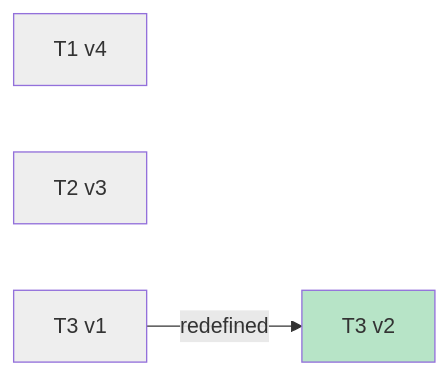
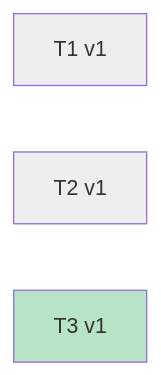
Diagram 13 of 23 in docs/specs/OVERVIEW.md (Curry09/AHE-Beta), drawn with Mermaid before and after one commit. The commit also changed other lines of this file and 22 other files, not shown here.

First line of the commit message:
feat(frontend): 场景改为自绘三房间，弃用四房间底图，房间立职能木牌

````diff
--- a/docs/specs/OVERVIEW.md
+++ b/docs/specs/OVERVIEW.md
@@ -914,14 +435,11 @@
 ```mermaid
 graph LR
-    v_T1_4["T1 v4"]
-    v_T2_3["T2 v3"]
+    v_T1_1["T1 v1"]
+    v_T2_1["T2 v1"]
     v_T3_1["T3 v1"]
-    v_T3_2["T3 v2"]
-    v_T3_1 -->|redefined| v_T3_2
     classDef st_done fill:#b7e4c7;
     classDef st_pending fill:#eeeeee;
-    class v_T1_4 st_pending;
-    class v_T2_3 st_pending;
-    class v_T3_1 st_pending;
-    class v_T3_2 st_done;
+    class v_T1_1 st_pending;
+    class v_T2_1 st_pending;
+    class v_T3_1 st_done;
 ```
````
